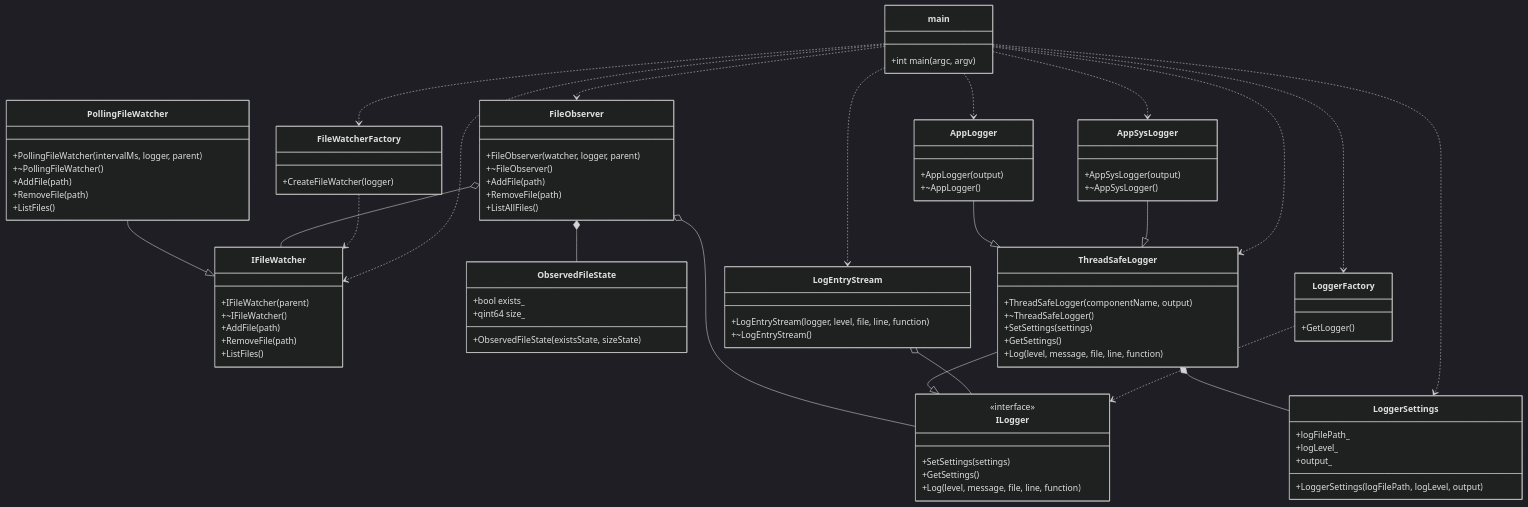
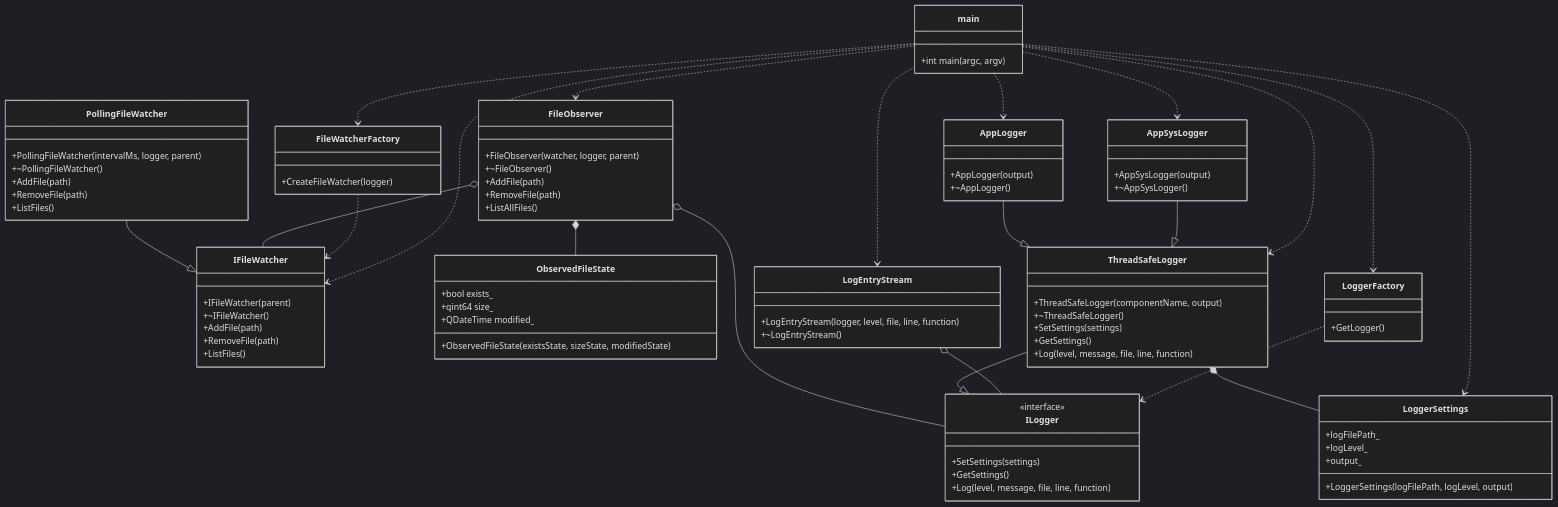
The diagram in README.md (artoshechka/programming_tech_lab_1), drawn with Mermaid (dark theme) before and after one commit. The commit also changed other lines of this file, not shown here.

```diff
--- a/README.md
+++ b/README.md
@@ -62,9 +62,10 @@
 			+ListFiles()
 		}
 		class ObservedFileState {
-			+ObservedFileState(existsState, sizeState)
+			+ObservedFileState(existsState, sizeState, modifiedState)
 			+bool exists_
 			+qint64 size_
+			+QDateTime modified_
 		}
 		class FileWatcherFactory {
 			+CreateFileWatcher<TWatcherTag>(logger)
```
